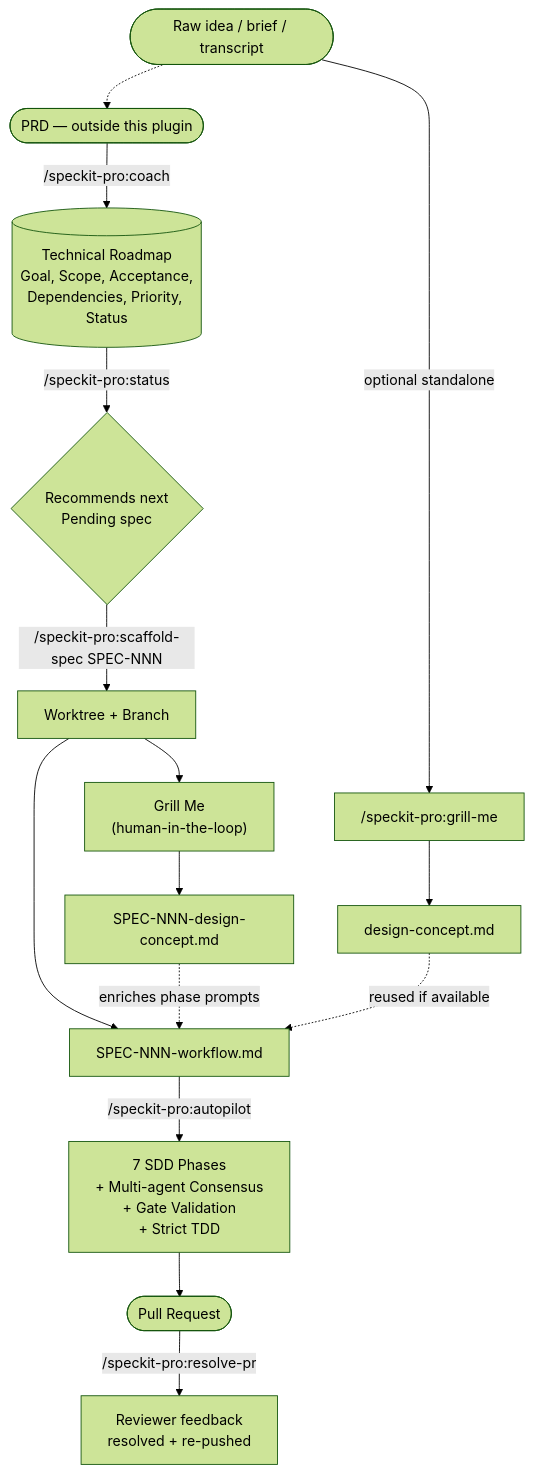
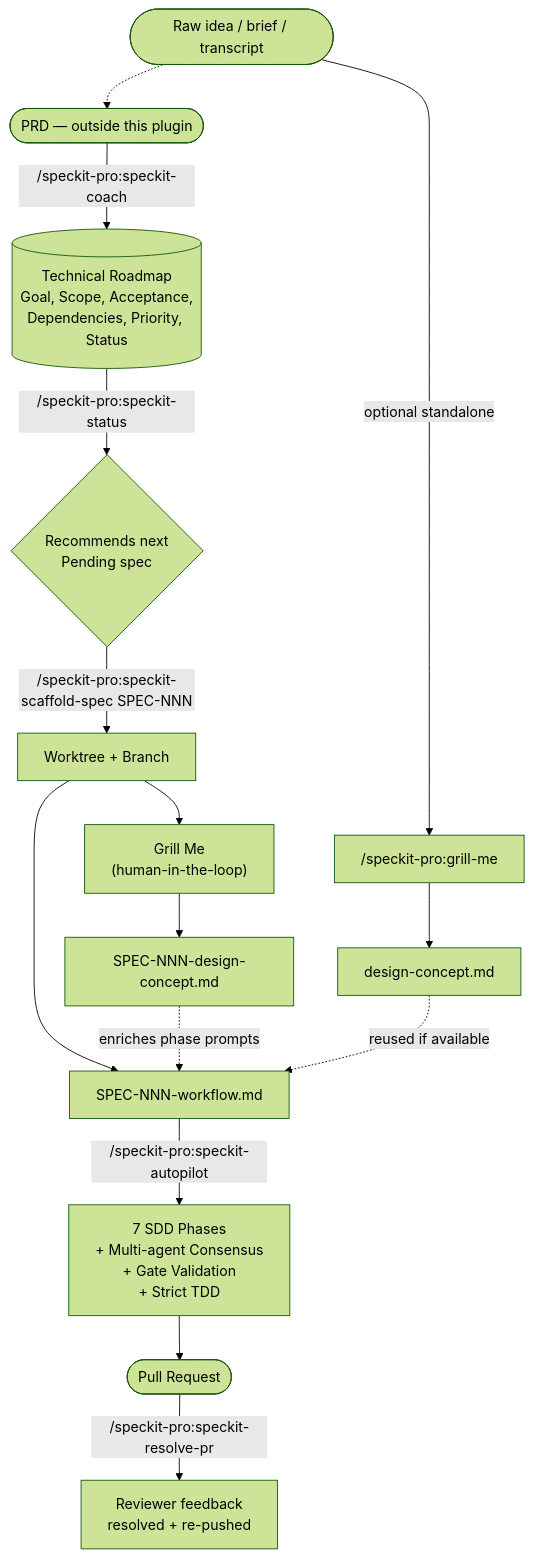
Before and after one commit to racecraft-lab/racecraft-plugins-public: the first of 2 diagrams in speckit-pro/README.md, drawn with Mermaid (forest theme). The commit also changed other lines of this file and 34 other files, not shown here.

First line of the commit message:
feat(speckit-pro): remove slash commands in favor of skills-only invocations

````diff
--- a/speckit-pro/README.md
+++ b/speckit-pro/README.md
@@ -88,17 +88,17 @@
 ```mermaid
 flowchart TD
     A([Raw idea / brief / transcript]) -->|optional standalone| GR["/speckit-pro:grill-me"]
     GR --> DC1[design-concept.md]
     A -.-> PRD([PRD — outside this plugin])
-    PRD -->|/speckit-pro:coach| TR[(Technical Roadmap<br/>Goal, Scope, Acceptance,<br/>Dependencies, Priority, Status)]
-    TR -->|/speckit-pro:status| ST{Recommends next<br/>Pending spec}
-    ST -->|/speckit-pro:scaffold-spec SPEC-NNN| SU[Worktree + Branch]
+    PRD -->|/speckit-pro:speckit-coach| TR[(Technical Roadmap<br/>Goal, Scope, Acceptance,<br/>Dependencies, Priority, Status)]
+    TR -->|/speckit-pro:speckit-status| ST{Recommends next<br/>Pending spec}
+    ST -->|/speckit-pro:speckit-scaffold-spec SPEC-NNN| SU[Worktree + Branch]
     SU --> GM["Grill Me<br/>(human-in-the-loop)"]
     GM --> DC2[SPEC-NNN-design-concept.md]
     SU --> WF[SPEC-NNN-workflow.md]
     DC2 -.->|enriches phase prompts| WF
     DC1 -.->|reused if available| WF
-    WF -->|/speckit-pro:autopilot| AP[7 SDD Phases<br/>+ Multi-agent Consensus<br/>+ Gate Validation<br/>+ Strict TDD]
+    WF -->|/speckit-pro:speckit-autopilot| AP[7 SDD Phases<br/>+ Multi-agent Consensus<br/>+ Gate Validation<br/>+ Strict TDD]
     AP --> PR([Pull Request])
-    PR -->|/speckit-pro:resolve-pr| FIX[Reviewer feedback<br/>resolved + re-pushed]
+    PR -->|/speckit-pro:speckit-resolve-pr| FIX[Reviewer feedback<br/>resolved + re-pushed]
 ```
````
